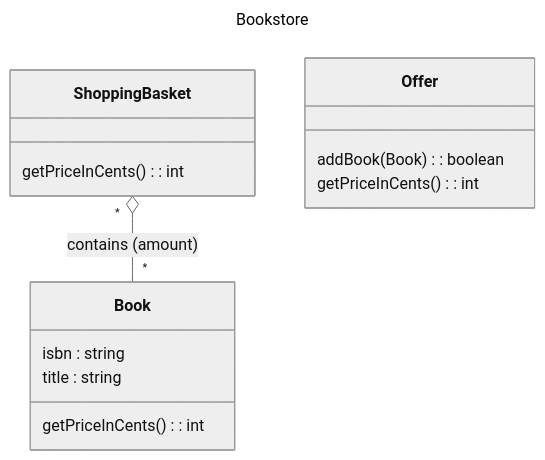
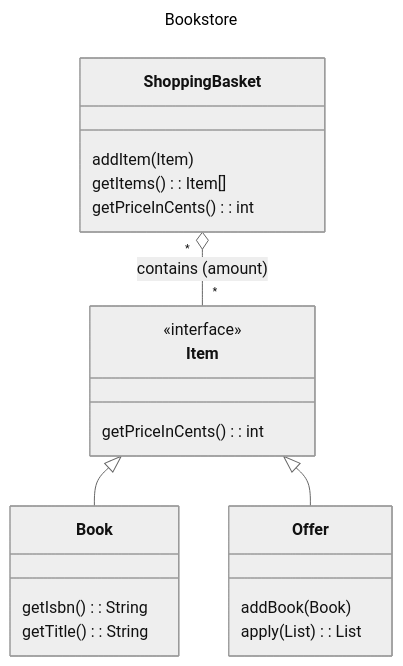
The diagram in README.md (fkellner/potter-kata), drawn with Mermaid (neutral theme) before and after one commit. The commit also changed other lines of this file and 2 other files, not shown here.

````diff
--- a/README.md
+++ b/README.md
@@ -18,23 +26,31 @@
 ```mermaid
 ---
 title: Bookstore
 ---
 classDiagram
   class ShoppingBasket {
+    addItem(Item)
+    getItems() : Item[]
     getPriceInCents() : int
   }
 
+  class Item {
+    <<interface>>
+    getPriceInCents(): int
+  }
+
+  ShoppingBasket "*" o-- "*" Item : contains (amount)
+
   class Book {
-    isbn : string
-    title : string
-    getPriceInCents() : int
+    getIsbn() : String
+    getTitle() : String
   }
-  ShoppingBasket "*" o-- "*" Book : contains (amount)
+  Item <|-- Book
 
   class Offer {
-    addBook(Book) : boolean
-    getPriceInCents() : int
+    addBook(Book)
+    apply(List<Item>): List<Item>
   }
-
+  Item <|-- Offer
   
 ```
````
